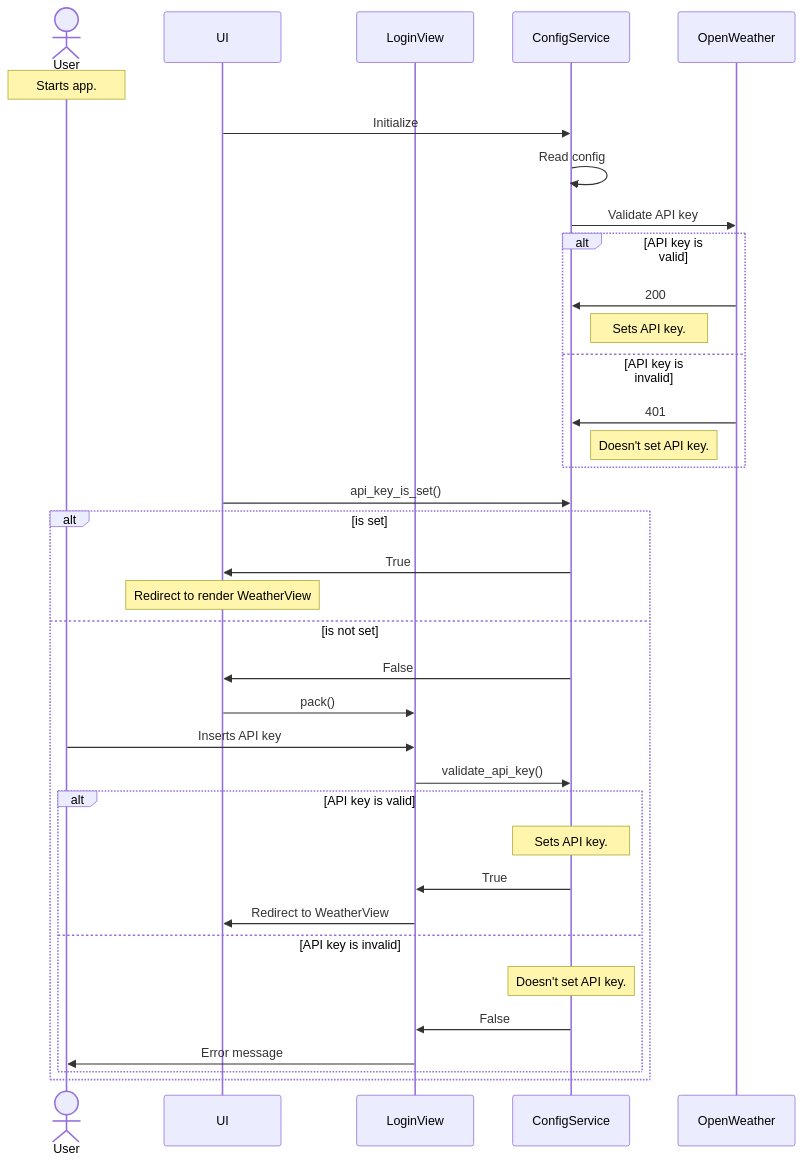
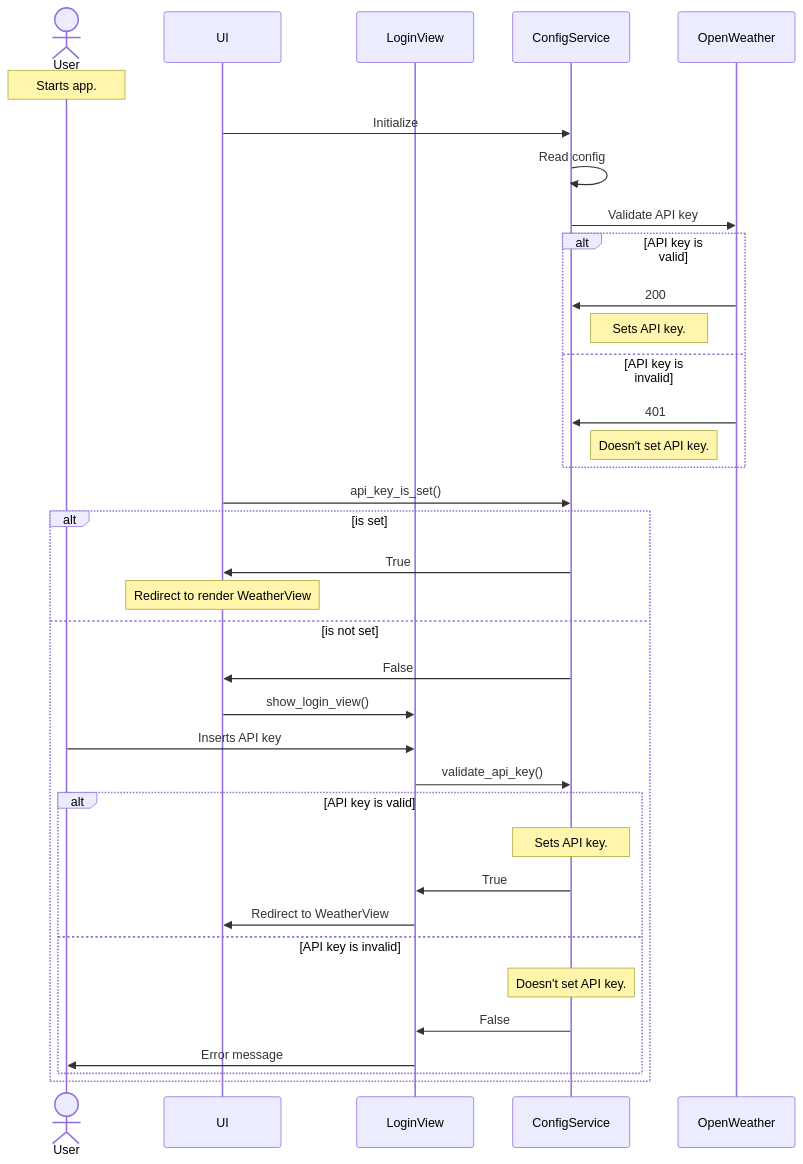
Before and after one commit to matiasto/ot-harjoitustyo: diagram 11 of 12 in documentation/architecture.md, drawn with Mermaid. The commit also changed other lines of this file and 1 other file, not shown here.

Commit message:
docs[minor]: updates, wording

````diff
--- a/documentation/architecture.md
+++ b/documentation/architecture.md
@@ -288,40 +288,40 @@
 ```mermaid
     sequenceDiagram
 
     actor User
     participant UI
     participant LoginView
     participant ConfigService
     participant OpenWeather
 
     Note over User: Starts app.
     UI ->> ConfigService: Initialize
     ConfigService ->> ConfigService: Read config
     ConfigService ->> OpenWeather: Validate API key
     alt API key is valid
         OpenWeather ->> ConfigService: 200
         Note right of ConfigService: Sets API key.
     else API key is invalid
         OpenWeather ->> ConfigService: 401
         Note right of ConfigService: Doesn't set API key.
     end
     UI ->> ConfigService: api_key_is_set()
     alt is set
         ConfigService ->> UI: True
         Note over UI: Redirect to render WeatherView
     else is not set
         ConfigService ->> UI: False
-        UI ->> LoginView: pack()
+        UI ->> LoginView: show_login_view()
         User ->> LoginView: Inserts API key
         LoginView ->> ConfigService: validate_api_key()
         alt API key is valid
             Note over ConfigService: Sets API key.
             ConfigService ->> LoginView: True
             LoginView ->> UI: Redirect to WeatherView
         else API key is invalid
             Note over ConfigService: Doesn't set API key.
             ConfigService ->> LoginView: False
             LoginView ->> User: Error message
         end
     end
 ```
````
